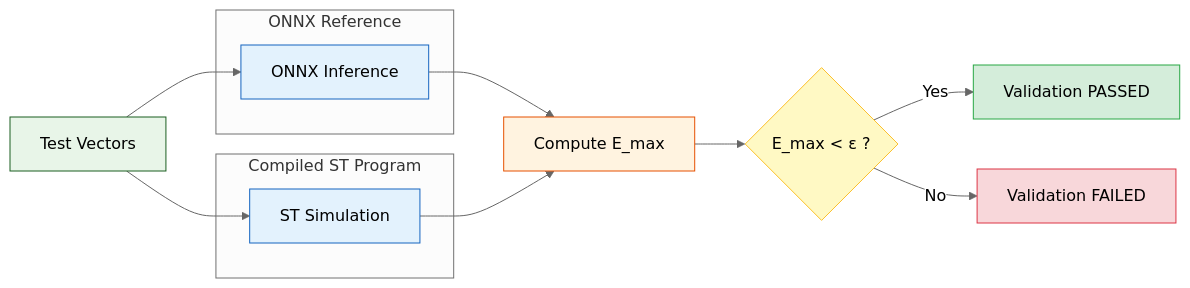
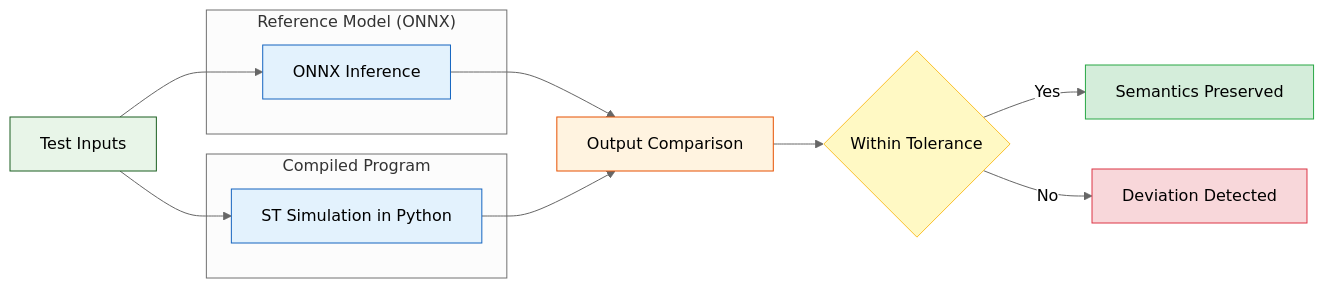
One commit to TheRealNestor/ml2plc changed the diagram in imgs/verification_process.md. Above: the diagram before and after it, drawn with Mermaid. The commit also changed 71 other files, not shown here.

````diff
--- a/imgs/verification_process.md
+++ b/imgs/verification_process.md
@@ -1,43 +1,43 @@
 ```mermaid
 %%{init: {'theme': 'neutral'}}%%
 flowchart LR
 
     %% --- Styling ---
     classDef data fill:#e8f5e8,stroke:#1b5e20,stroke-width:1px,color:black
     classDef process fill:#e3f2fd,stroke:#1565c0,stroke-width:1px,color:black
     classDef compute fill:#fff3e0,stroke:#e65100,stroke-width:1px,color:black
     classDef decision fill:#fff9c4,stroke:#fbc02d,stroke-width:1px,color:black
     classDef pass fill:#d4edda,stroke:#28a745,stroke-width:1px,color:black
     classDef fail fill:#f8d7da,stroke:#dc3545,stroke-width:1px,color:black
 
     %% --- Inputs ---
-    X[Test Vectors]:::data
+    X[Test Inputs]:::data
 
     %% --- Reference Path ---
-    subgraph Ref ["ONNX Reference"]
+    subgraph Ref ["Reference Model (ONNX)"]
         ONNX[ONNX Inference]:::process
     end
 
     %% --- Compiled Path ---
-    subgraph Comp ["Compiled ST Program"]
-        ST[ST Simulation]:::process
+    subgraph Comp ["Compiled Program"]
+        ST[ST Simulation in Python]:::process
     end
 
     %% --- Comparison ---
-    Diff[Compute E_max]:::compute
-    Check{E_max < ε ?}:::decision
+    Diff[Output Comparison]:::compute
+    Check{Within Tolerance}:::decision
 
-    Pass[Validation PASSED]:::pass
-    Fail[Validation FAILED]:::fail
+    Pass[Semantics Preserved]:::pass
+    Fail[Deviation Detected]:::fail
 
     %% --- Connections ---
     X --> ONNX
     X --> ST
 
     ONNX --> Diff
     ST --> Diff
 
     Diff --> Check
     Check -->|Yes| Pass
     Check -->|No| Fail
 ```
````
